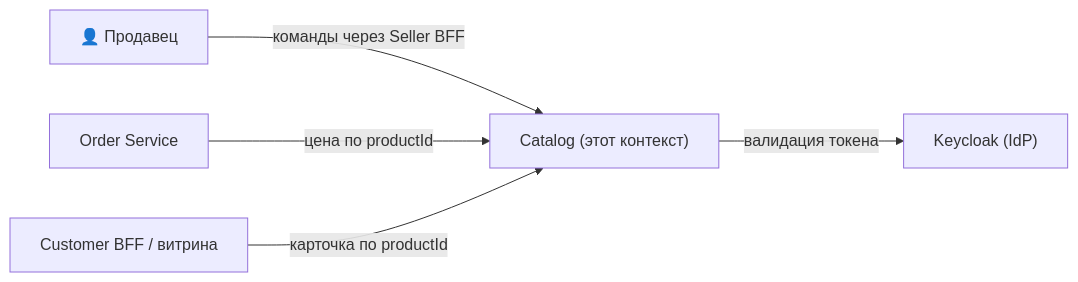
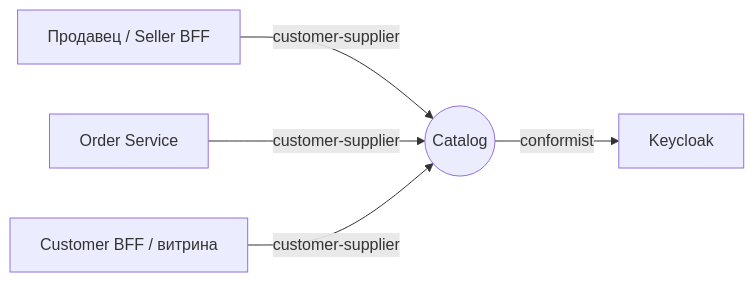
The first of 2 diagrams in docs/spec/catalog-spec.md (remodov/catalog), drawn with Mermaid before and after one commit. The commit also changed other lines of this file and 6 other files, not shown here.

````diff
--- a/docs/spec/catalog-spec.md
+++ b/docs/spec/catalog-spec.md
@@ -52,13 +48,12 @@
 ```mermaid
 flowchart LR
-    Seller["👤 Продавец"]
-    Catalog["Catalog (этот контекст)"]
+    Seller["Продавец / Seller BFF"]
+    Catalog(("Catalog"))
     Order["Order Service"]
     BFF["Customer BFF / витрина"]
-    IdP["Keycloak (IdP)"]
-
-    Seller -->|команды через Seller BFF| Catalog
-    Order -->|цена по productId| Catalog
-    BFF -->|карточка по productId| Catalog
-    Catalog -->|валидация токена| IdP
+    IdP["Keycloak"]
+    Seller -->|customer-supplier| Catalog
+    Order -->|customer-supplier| Catalog
+    BFF -->|customer-supplier| Catalog
+    Catalog -->|conformist| IdP
 ```
````
